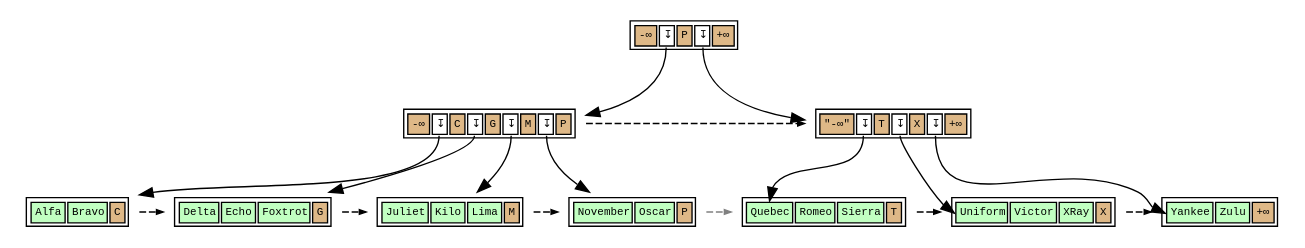
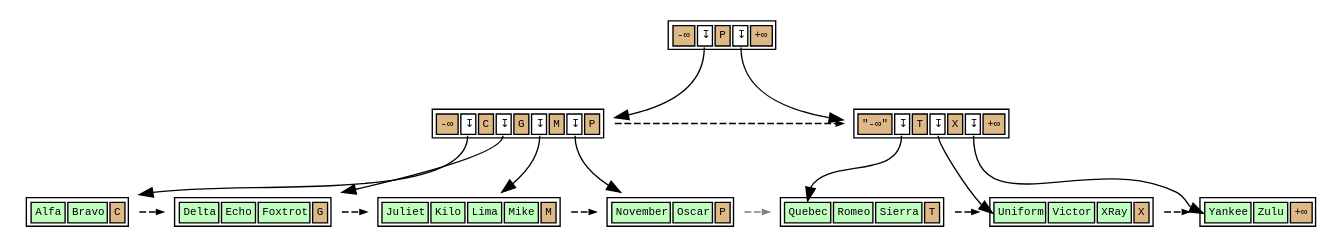
The diagram in lehman-yao-orthodox-btree-suffix.dot (petergeoghegan/pg_query_internals), drawn with Graphviz before and after one commit. The commit also changed 2 other files, not shown here.

Commit message:
Add mike non-pivot tuple to L&Y tree

```diff
--- a/lehman-yao-orthodox-btree-suffix.dot
+++ b/lehman-yao-orthodox-btree-suffix.dot
@@ -1,166 +1,167 @@
 // Example B-Tree graph
 //
 // Breadth-first order
 //
 // Start from root, go left to right
 //
 // Workflow:
 //
 // $ dot -T svg btree.dot -o btree.svg;
 
 digraph nbtree {
 graph [fontname = "monospace"];
 node [shape = none,height=.1,fontname = "monospace",fontsize=8];
 // Level 2 (Root internal level)
 rootnode[ label=<<table>
                     <tr>
                         <td bgcolor='burlywood' port="s0">-&infin;</td>
                         <td bgcolor='white' port="d0">&#8615;</td>
                         <td bgcolor='burlywood' port="s1">P</td>
                         <td bgcolor='white' port="d1">&#8615;</td>
                         <td bgcolor='burlywood' port="hk">+&infin;</td>
                     </tr>
                 </table>
                >
         ];
 // Downlink arrows to children:
 "rootnode":d0 -> "leftinternal"
 "rootnode":d1 -> "rightinternal"
 // sibling pointer:
 // (None)
 
 
 // Level 1 (Internal level)
 // Downlinks + highkey:
 leftinternal[ label=<<table>
                     <tr>
                         <td bgcolor='burlywood' port="s0">-&infin;</td>
                         <td bgcolor='white' port="d0">&#8615;</td>
                         <td bgcolor='burlywood' port="s1">C</td>
                         <td bgcolor='white' port="d1">&#8615;</td>
                         <td bgcolor='burlywood' port="s2">G</td>
                         <td bgcolor='white' port="d2">&#8615;</td>
                         <td bgcolor='burlywood' port="s3">M</td>
                         <td bgcolor='white' port="d3">&#8615;</td>
                         <td bgcolor='burlywood' port="hk">P</td>
                     </tr>
                 </table>
                >
         ];
 // Downlink arrows to children:
 "leftinternal":d0 -> "leftleafnode_1"
 "leftinternal":d1 -> "leftleafnode_2"
 "leftinternal":d2 -> "leftleafnode_3"
 "leftinternal":d3 -> "leftleafnode_4"
 // sibling pointer:
 "leftinternal" -> "rightinternal"[constraint=false,color=black,style=dashed,arrowsize=0.5]
 // Downlinks + highkey:
 rightinternal[ label=<<table>
                     <tr>
                         <td bgcolor='burlywood' port="s0">&quot;-&infin;&quot;</td>
                         <td bgcolor='white' port="d0">&#8615;</td>
                         <td bgcolor='burlywood' port="s1">T</td>
                         <td bgcolor='white' port="d1">&#8615;</td>
                         <td bgcolor='burlywood' port="s2">X</td>
                         <td bgcolor='white' port="d2">&#8615;</td>
                         <td bgcolor='burlywood' port="hk">+&infin;</td>
                     </tr>
                 </table>
                >
         ];
 // Downlink arrows to children:
 "rightinternal":d0 -> "rightleafnode_1":t0
 "rightinternal":d1 -> "rightleafnode_2":t0
 "rightinternal":d2 -> "rightleafnode_3":t0
 // sibling pointer:
 // (None)
 
 
 // Level 0 (leaf level)
 leftleafnode_1[ label=<<table>
                     <tr>
                         <td bgcolor='darkseagreen1' port="t0">Alfa</td>
                         <td bgcolor='darkseagreen1' port="t1">Bravo</td>
                         <td bgcolor='burlywood' port="hk">C</td>
                     </tr>
                 </table>
                >
         ];
 // sibling pointer:
 "leftleafnode_1" -> "leftleafnode_2"[constraint=false,color=black,style=dashed,arrowsize=0.5]
 leftleafnode_2[ label=<<table>
                     <tr>
                         <td bgcolor='darkseagreen1' port="t0">Delta</td>
                         <td bgcolor='darkseagreen1' port="t1">Echo</td>
                         <td bgcolor='darkseagreen1' port="t2">Foxtrot</td>
                         <td bgcolor='burlywood' port="hk">G</td>
                     </tr>
                 </table>
                >
         ];
 // sibling pointer:
 "leftleafnode_2" -> "leftleafnode_3"[constraint=false,color=black,style=dashed,arrowsize=0.5]
 leftleafnode_3[ label=<<table>
                     <tr>
                         <td bgcolor='darkseagreen1' port="t0">Juliet</td>
                         <td bgcolor='darkseagreen1' port="t1">Kilo</td>
                         <td bgcolor='darkseagreen1' port="t2">Lima</td>
+                        <td bgcolor='darkseagreen1' port="t3">Mike</td>
                         <td bgcolor='burlywood' port="hk">M</td>
                     </tr>
                 </table>
                >
         ];
 // sibling pointer:
 "leftleafnode_3" -> "leftleafnode_4"[constraint=false,color=black,style=dashed,arrowsize=0.5]
 leftleafnode_4[ label=<<table>
                     <tr>
                         <td bgcolor='darkseagreen1' port="t0">November</td>
                         <td bgcolor='darkseagreen1' port="t1">Oscar</td>
                         <td bgcolor='burlywood' port="hk">P</td>
                     </tr>
                 </table>
                >
         ];
 // sibling/cousin pointer:
 "leftleafnode_4" -> "rightleafnode_1"[constraint=false,color=gray,style=dashed,arrowsize=0.5]
 rightleafnode_1[ label=<<table>
                     <tr>
                         <td bgcolor='darkseagreen1' port="t0">Quebec</td>
                         <td bgcolor='darkseagreen1' port="t1">Romeo</td>
                         <td bgcolor='darkseagreen1' port="t2">Sierra</td>
                         <td bgcolor='burlywood' port="hk">T</td>
                     </tr>
                 </table>
                >
         ];
 // sibling pointer:
 "rightleafnode_1" -> "rightleafnode_2"[constraint=false,color=black,style=dashed,arrowsize=0.5]
 rightleafnode_2[ label=<<table>
                     <tr>
                         <td bgcolor='darkseagreen1' port="t0">Uniform</td>
                         <td bgcolor='darkseagreen1' port="t1">Victor</td>
                         <td bgcolor='darkseagreen1' port="t2">XRay</td>
                         <td bgcolor='burlywood' port="hk">X</td>
                     </tr>
                 </table>
                >
         ];
 // sibling pointer:
 "rightleafnode_2" -> "rightleafnode_3"[constraint=false,color=black,style=dashed,arrowsize=0.5]
 rightleafnode_3[ label=<<table>
                     <tr>
                         <td bgcolor='darkseagreen1' port="t0">Yankee</td>
                         <td bgcolor='darkseagreen1' port="t1">Zulu</td>
                         <td bgcolor='burlywood' port="hk">+&infin;</td>
                     </tr>
                 </table>
                >
         ];
 // sibling pointer:
 // (None)
 
 // Force alignment from root to internal to leaf levels:
 edge[style=invis];
 "rootnode":s1 -> "leftleafnode_4":hk
 "leftinternal":hk -> "leftleafnode_4":hk
 }
```
